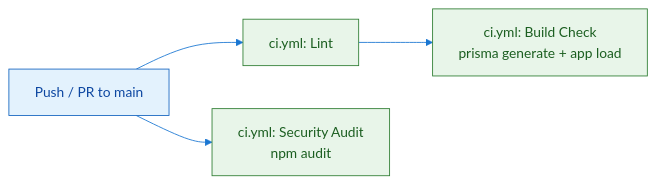
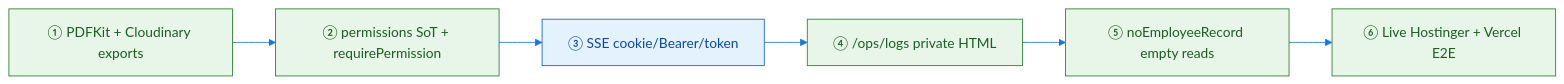
Before and after one commit to saeedafri/Employee-management-system: the diagram in docs/.pdf-assets/diagram-17.mmd, drawn with Mermaid. The commit also changed 114 other files, not shown here.

```diff
--- a/docs/.pdf-assets/diagram-17.mmd
+++ b/docs/.pdf-assets/diagram-17.mmd
@@ -1,13 +1,15 @@
 flowchart LR
 %%{init: {'theme': 'base', 'themeVariables': { 'primaryColor': '#e3f2fd', 'primaryTextColor': '#1565c0', 'lineColor': '#1976d2'}}}%%
-PUSH[Push / PR to main] --> LINT[ci.yml: Lint]
-    LINT --> BUILD[ci.yml: Build Check<br/>prisma generate + app load]
-    PUSH --> SEC[ci.yml: Security Audit<br/>npm audit]
+A["① PDFKit + Cloudinary exports"] --> B["② permissions SoT + requirePermission"]
+B --> C["③ SSE cookie/Bearer/token"]
+C --> D["④ /ops/logs private HTML"]
+D --> E["⑤ noEmployeeRecord empty reads"]
+E --> F["⑥ Live Hostinger + Vercel E2E"]
 
 classDef client fill:#e3f2fd,stroke:#1565c0,color:#0d47a1
     classDef api fill:#e8f5e9,stroke:#2e7d32,color:#1b5e20
     classDef db fill:#fff3e0,stroke:#ef6c00,color:#e65100
     classDef external fill:#f3e5f5,stroke:#7b1fa2,color:#4a148c
     classDef warn fill:#ffebee,stroke:#c62828,color:#b71c1c
-    class PUSH client
-    class BUILD,LINT,SEC api
+    class C client
+    class A,B,D,E,F api
```
